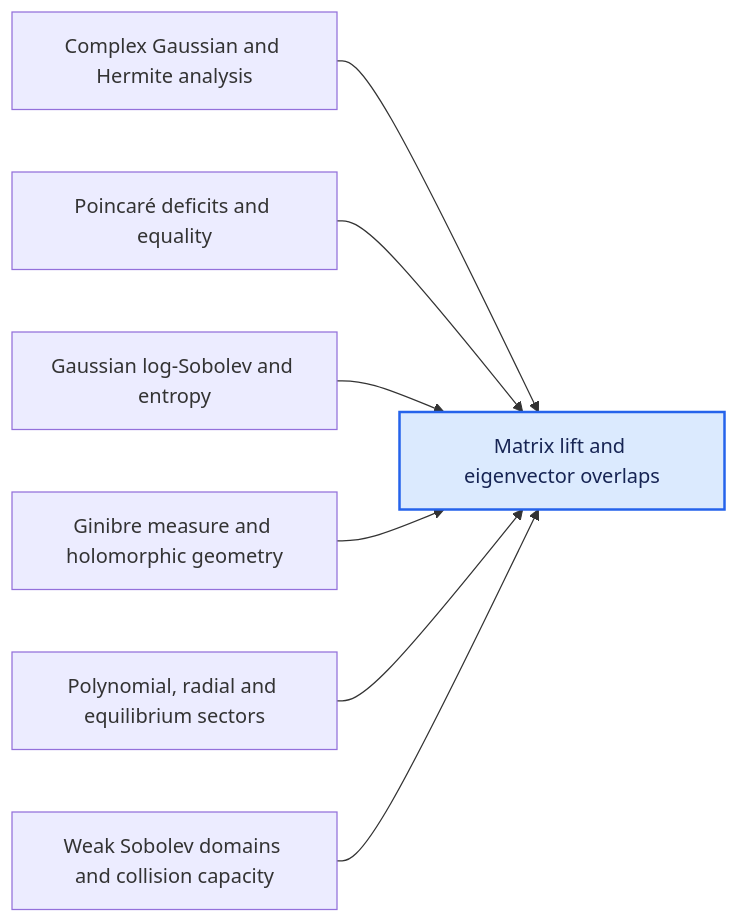
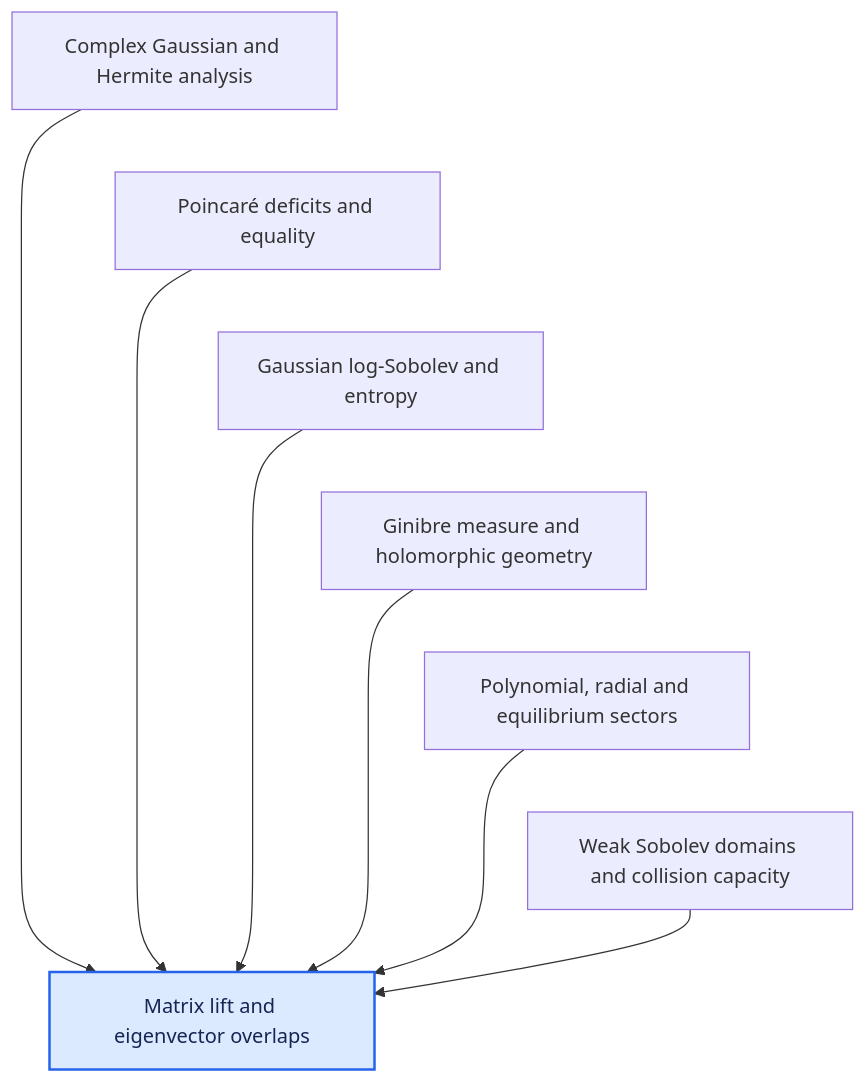
One commit to djalilchafai/ginibre-poincare changed the tenth of 12 diagrams in DEPENDENCIES.md. Above: the diagram before and after it, drawn with Mermaid. The commit also changed other lines of this file and 44 other files, not shown here.

Commit message:
Make dependency diagrams vertical and add GitHub Pages deployment

````diff
--- a/DEPENDENCIES.md
+++ b/DEPENDENCIES.md
@@ -225,11 +270,16 @@
 ```mermaid
-flowchart LR
+flowchart TB
   ComplexGaussianHermite["Complex Gaussian and Hermite analysis"] --> MatrixLift["Matrix lift and eigenvector overlaps"]
   DeficitsEquality["Poincaré deficits and equality"] --> MatrixLift["Matrix lift and eigenvector overlaps"]
   GaussianLSI["Gaussian log-Sobolev and entropy"] --> MatrixLift["Matrix lift and eigenvector overlaps"]
   GinibreMeasureGeometry["Ginibre measure and holomorphic geometry"] --> MatrixLift["Matrix lift and eigenvector overlaps"]
   PolynomialRadial["Polynomial, radial and equilibrium sectors"] --> MatrixLift["Matrix lift and eigenvector overlaps"]
   WeakSobolev["Weak Sobolev domains and collision capacity"] --> MatrixLift["Matrix lift and eigenvector overlaps"]
+  ComplexGaussianHermite ~~~ DeficitsEquality
+  DeficitsEquality ~~~ GaussianLSI
+  GaussianLSI ~~~ GinibreMeasureGeometry
+  GinibreMeasureGeometry ~~~ PolynomialRadial
+  PolynomialRadial ~~~ WeakSobolev
   classDef target fill:#dbeafe,stroke:#2563eb,stroke-width:2px,color:#172554;
   class MatrixLift target;
 ```
````
